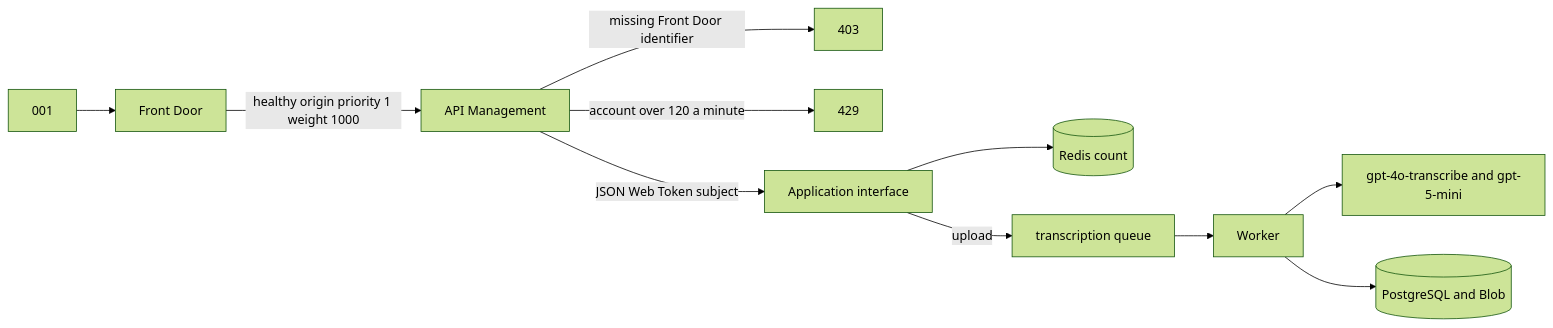
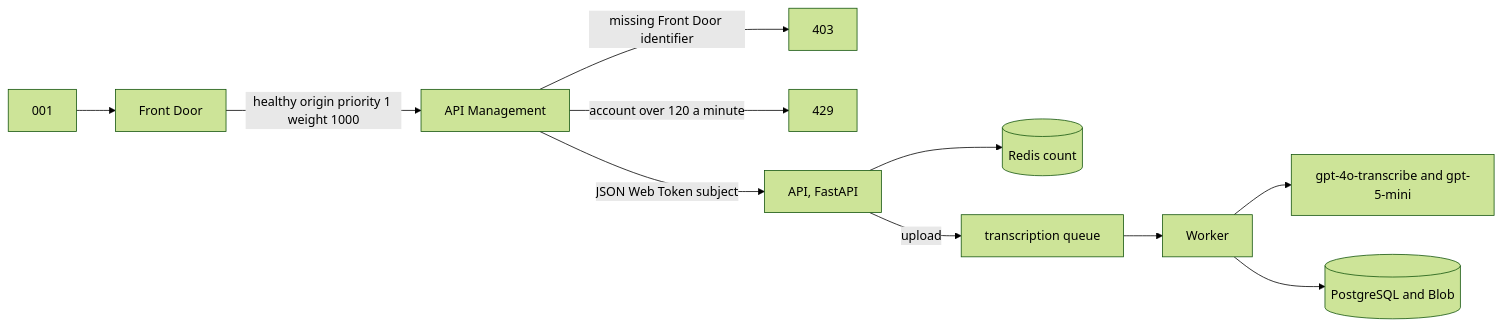
Before and after one commit to highprincezero/wn-voice-analytics: the first of 7 diagrams in docs/scaling.md, drawn with Mermaid (forest theme). The commit also changed other lines of this file and 12 other files, not shown here.

````diff
--- a/docs/scaling.md
+++ b/docs/scaling.md
@@ -24,13 +24,13 @@
 ```mermaid
 flowchart LR
   id001[001] --> fd[Front Door]
   fd -->|healthy origin priority 1 weight 1000| apim[API Management]
   apim -->|missing Front Door identifier| deny[403]
   apim -->|account over 120 a minute| limited[429]
-  apim -->|JSON Web Token subject| api[Application interface]
+  apim -->|JSON Web Token subject| api[API, FastAPI]
   api --> redis[(Redis count)]
   api -->|upload| q[transcription queue]
   q --> worker[Worker]
   worker --> models[gpt-4o-transcribe and gpt-5-mini]
   worker --> store[(PostgreSQL and Blob)]
 ```
````
